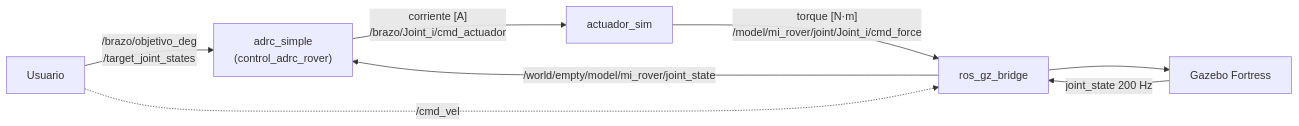
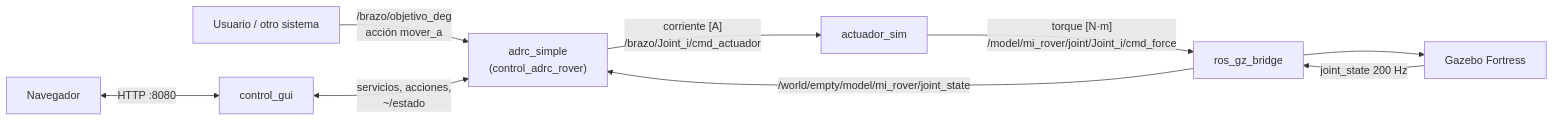
One commit to adnavias/ros2_ws_tesis changed the diagram in src/README.md. Above: the diagram before and after it, drawn with Mermaid. The commit also changed other lines of this file and 3 other files, not shown here.

````diff
--- a/src/README.md
+++ b/src/README.md
@@ -77,10 +79,11 @@
 ```mermaid
 flowchart LR
-    U["Usuario"] -->|"/brazo/objetivo_deg<br/>/target_joint_states"| C["adrc_simple<br/>(control_adrc_rover)"]
+    U["Usuario / otro sistema"] -->|"/brazo/objetivo_deg<br/>acción mover_a"| C["adrc_simple<br/>(control_adrc_rover)"]
+    W["Navegador"] <-->|"HTTP :8080"| G["control_gui"]
+    G <-->|"servicios, acciones,<br/>~/estado"| C
     GZ["Gazebo Fortress"] -->|"joint_state 200 Hz"| BR["ros_gz_bridge"]
     BR -->|"/world/empty/model/mi_rover/joint_state"| C
     C -->|"corriente [A]<br/>/brazo/Joint_i/cmd_actuador"| A["actuador_sim"]
     A -->|"torque [N·m]<br/>/model/mi_rover/joint/Joint_i/cmd_force"| BR
     BR --> GZ
-    U -.->|"/cmd_vel"| BR
 ```
````
